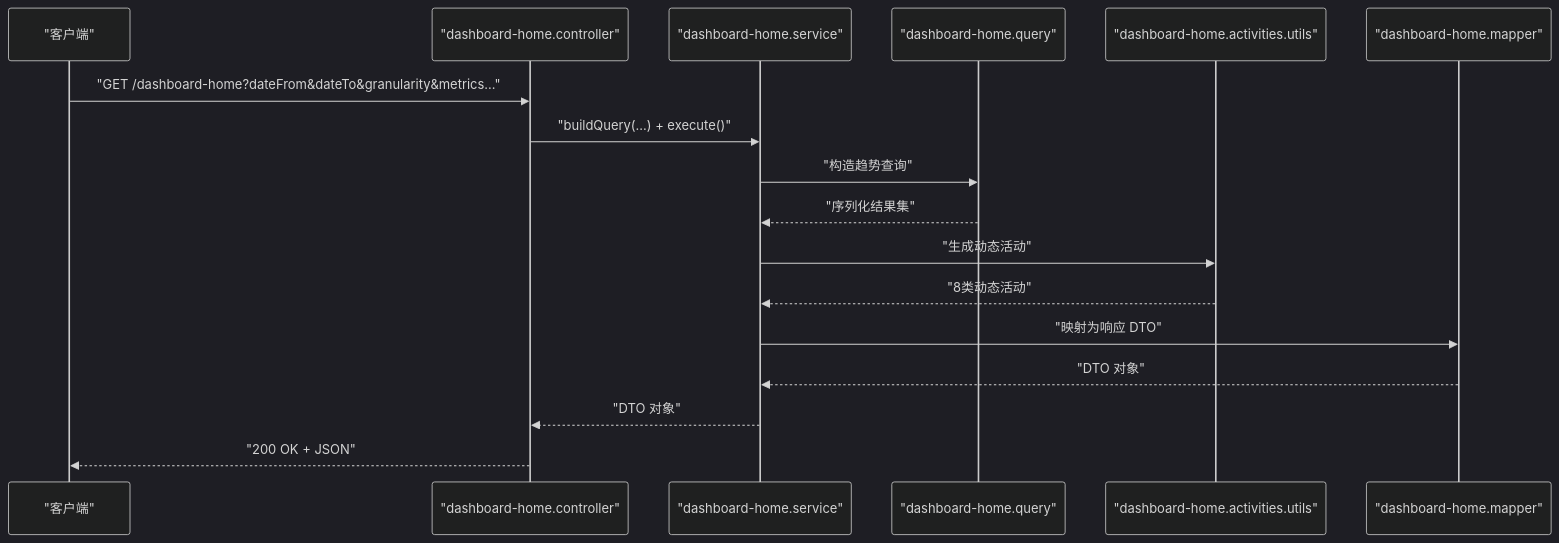
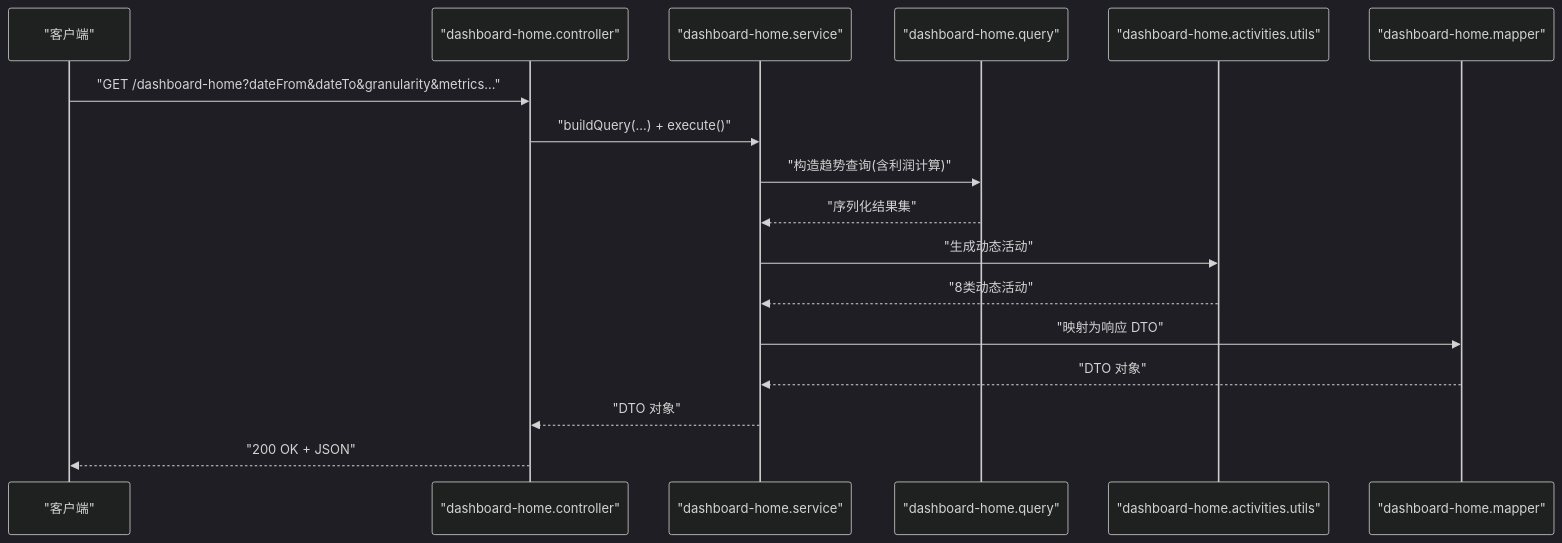
The fourth of 7 diagrams in .qoder/repowiki/zh/content/API 接口文档/仪表板分析接口.md (rc558620/purelyprofit-server), drawn with Mermaid (dark theme) before and after one commit. The commit also changed other lines of this file and 68 other files, not shown here.

````diff
--- a/.qoder/repowiki/zh/content/API 接口文档/仪表板分析接口.md
+++ b/.qoder/repowiki/zh/content/API 接口文档/仪表板分析接口.md
@@ -220,19 +236,19 @@
 ```mermaid
 sequenceDiagram
 participant Client as "客户端"
 participant Ctrl as "dashboard-home.controller"
 participant Svc as "dashboard-home.service"
 participant Q as "dashboard-home.query"
 participant Utils as "dashboard-home.activities.utils"
 participant Mapper as "dashboard-home.mapper"
 Client->>Ctrl : "GET /dashboard-home?dateFrom&dateTo&granularity&metrics..."
 Ctrl->>Svc : "buildQuery(...) + execute()"
-Svc->>Q : "构造趋势查询"
+Svc->>Q : "构造趋势查询(含利润计算)"
 Q-->>Svc : "序列化结果集"
 Svc->>Utils : "生成动态活动"
 Utils-->>Svc : "8类动态活动"
 Svc->>Mapper : "映射为响应 DTO"
 Mapper-->>Svc : "DTO 对象"
 Svc-->>Ctrl : "DTO 对象"
 Ctrl-->>Client : "200 OK + JSON"
 ```
````
